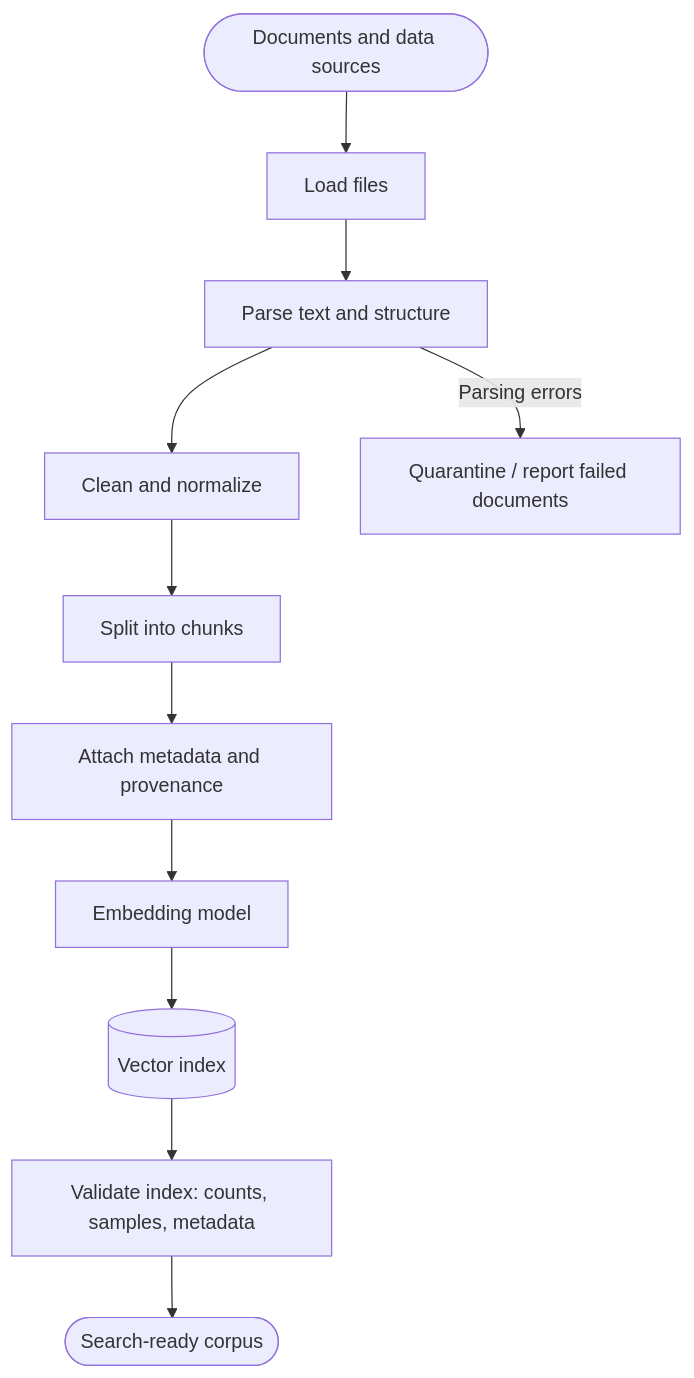
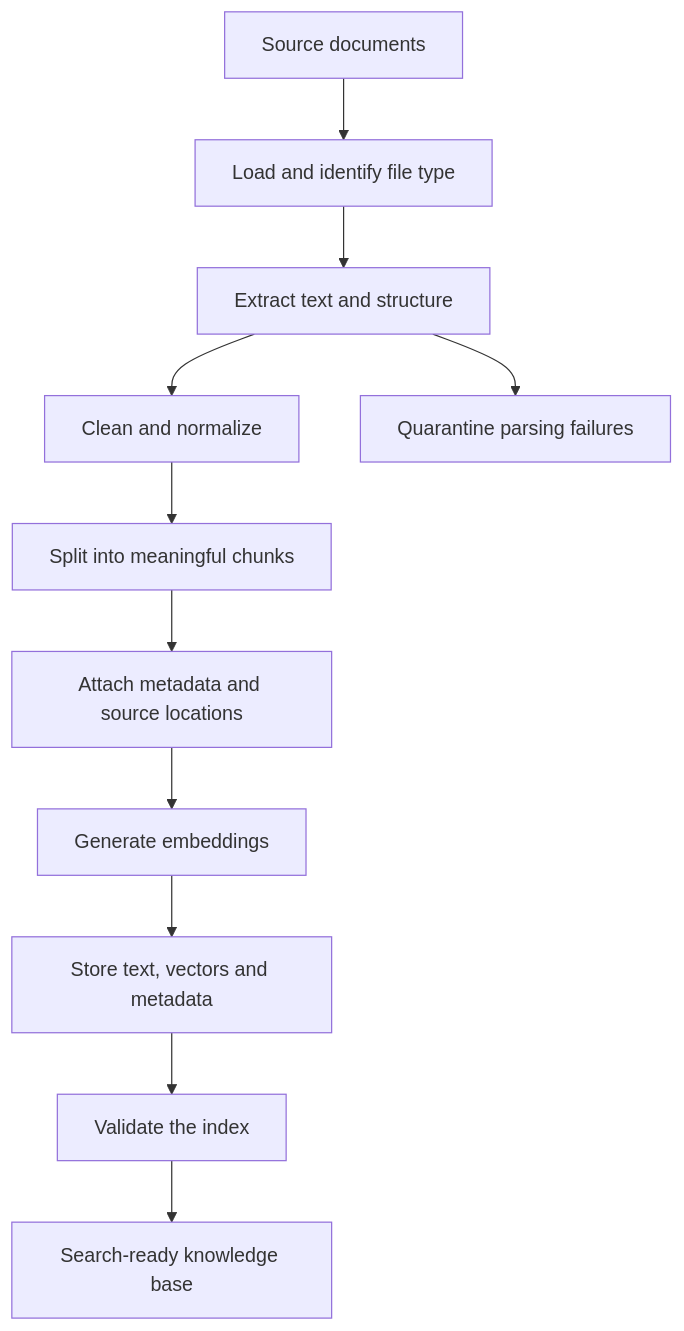
Before and after one commit to codergirl73/agentic-ai-system-design: the first of 4 diagrams in MODULE_3_DOCUMENT_PROCESSING.md, drawn with Mermaid. The commit also changed other lines of this file, not shown here.

Commit message:
Complete Module 3 with detailed document processing, chunking and embeddings lessons

````diff
--- a/MODULE_3_DOCUMENT_PROCESSING.md
+++ b/MODULE_3_DOCUMENT_PROCESSING.md
@@ -9,13 +28,13 @@
-```mermaid
+~~~mermaid
 flowchart TD
-    A([Documents and data sources]) --> B[Load files]
-    B --> C[Parse text and structure]
-    C --> D[Clean and normalize]
-    D --> E[Split into chunks]
-    E --> F[Attach metadata and provenance]
-    F --> G[Embedding model]
-    G --> H[(Vector index)]
-    H --> I[Validate index: counts, samples, metadata]
-    I --> J([Search-ready corpus])
-    C -->|Parsing errors| X[Quarantine / report failed documents]
-```
+    A["Source documents"] --> B["Load and identify file type"]
+    B --> C["Extract text and structure"]
+    C --> D["Clean and normalize"]
+    D --> E["Split into meaningful chunks"]
+    E --> F["Attach metadata and source locations"]
+    F --> G["Generate embeddings"]
+    G --> H["Store text, vectors and metadata"]
+    H --> I["Validate the index"]
+    I --> J["Search-ready knowledge base"]
+    C --> X["Quarantine parsing failures"]
+~~~
````
